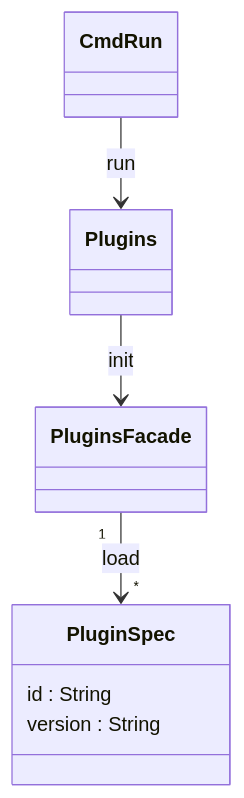
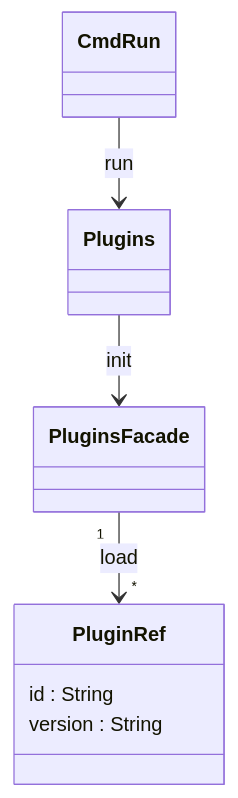
Before and after one commit to nextflow-io/nextflow: the diagram in docs/developer/diagrams/nextflow.plugin.mmd, drawn with Mermaid. The commit also changed 12 other files, not shown here.

Commit message:
Rename existing PluginSpec to PluginRef

```diff
--- a/docs/developer/diagrams/nextflow.plugin.mmd
+++ b/docs/developer/diagrams/nextflow.plugin.mmd
@@ -1,14 +1,14 @@
 classDiagram
     %%
     %% nextflow.plugin
     %%
     CmdRun --> Plugins : run
 
     Plugins --> PluginsFacade : init
 
-    PluginsFacade "1" --> "*" PluginSpec : load
+    PluginsFacade "1" --> "*" PluginRef : load
 
-    class PluginSpec {
+    class PluginRef {
         id : String
         version : String
     }
```
